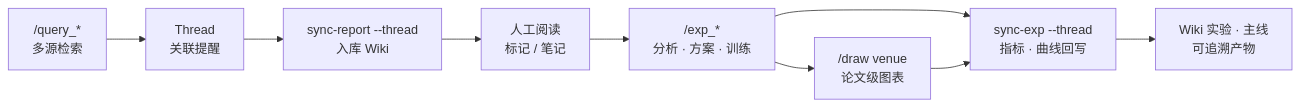
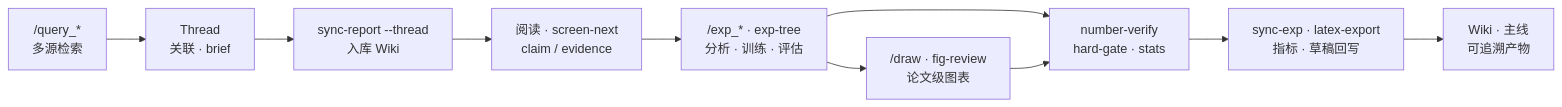
Before and after one commit to QinHsiu/Paper_Rec_Skill: the diagram in README.md, drawn with Mermaid. The commit also changed other lines of this file, not shown here.

````diff
--- a/README.md
+++ b/README.md
@@ -48,11 +50,12 @@
 ```mermaid
 flowchart LR
-  A["/query_*<br/>多源检索"] --> T["Thread<br/>关联提醒"]
+  A["/query_*<br/>多源检索"] --> T["Thread<br/>关联 · brief"]
   T --> B["sync-report --thread<br/>入库 Wiki"]
-  B --> C["人工阅读<br/>标记 / 笔记"]
-  C --> D["/exp_*<br/>分析 · 方案 · 训练"]
-  D --> G["/draw venue<br/>论文级图表"]
-  D --> E["sync-exp --thread<br/>指标 · 曲线回写"]
-  G --> E
-  E --> F["Wiki 实验 · 主线<br/>可追溯产物"]
+  B --> C["阅读 · screen-next<br/>claim / evidence"]
+  C --> D["/exp_* · exp-tree<br/>分析 · 训练 · 评估"]
+  D --> G["/draw · fig-review<br/>论文级图表"]
+  D --> V["number-verify<br/>hard-gate · stats"]
+  G --> V
+  V --> E["sync-exp · latex-export<br/>指标 · 草稿回写"]
+  E --> F["Wiki · 主线<br/>可追溯产物"]
 ```
````
